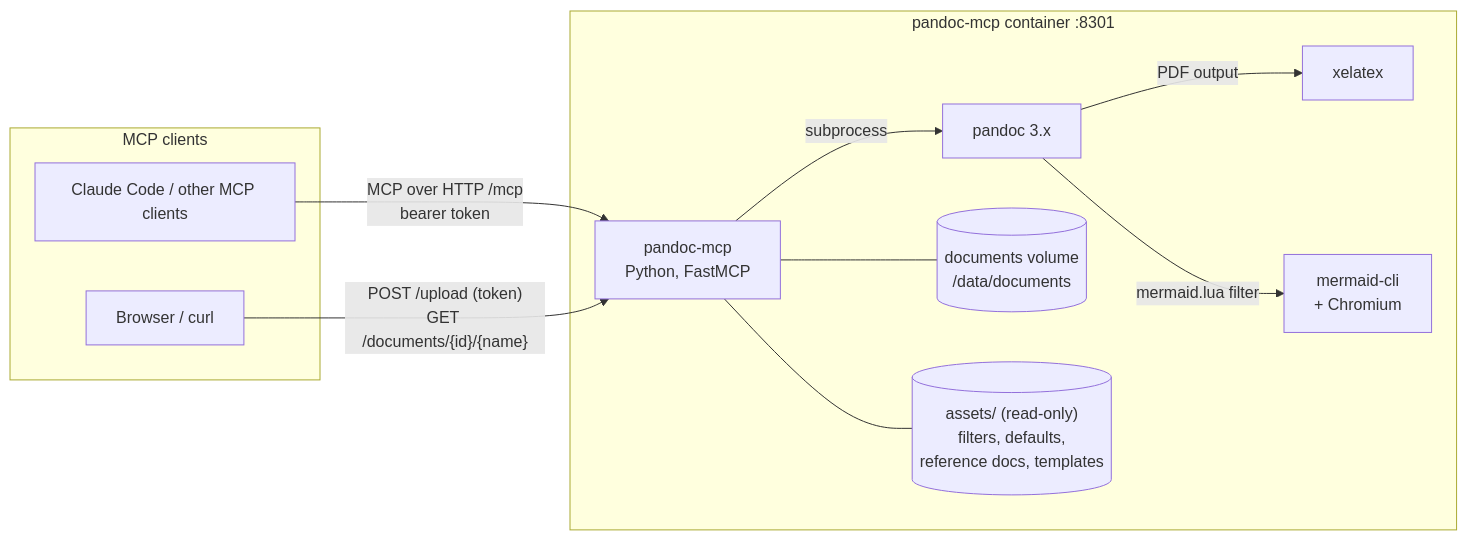
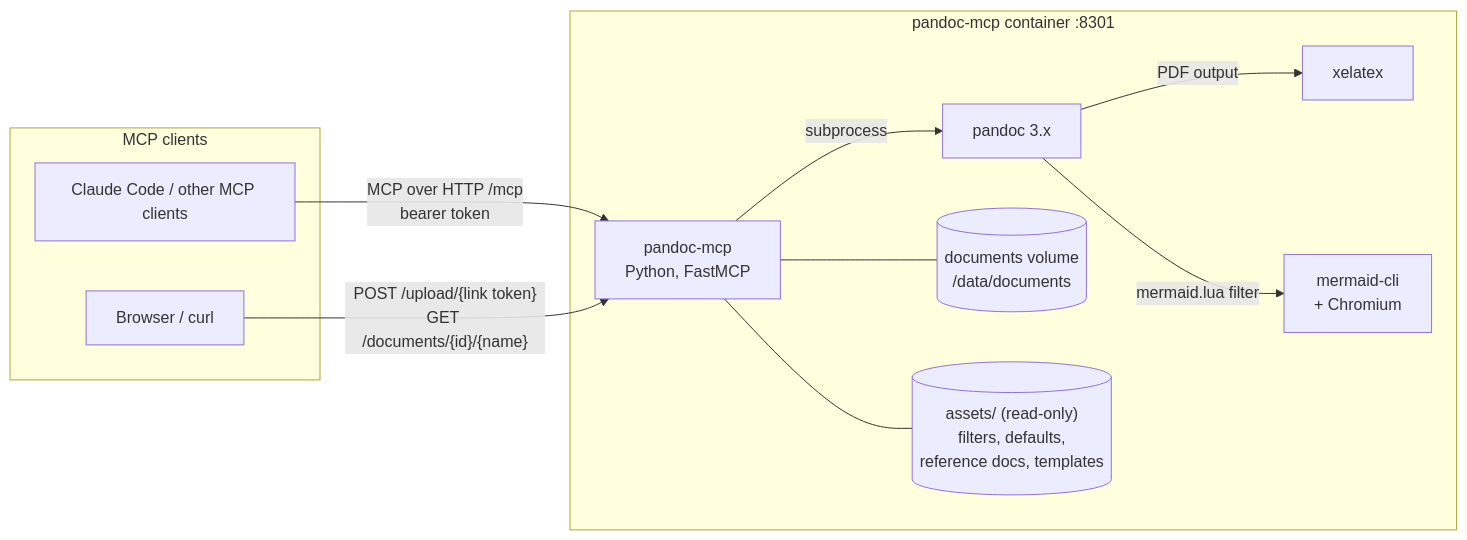
Before and after one commit to geosp/pandoc-mcp: the first of 4 diagrams in docs/ARCHITECTURE.md, drawn with Mermaid. The commit also changed other lines of this file and 16 other files, not shown here.

First line of the commit message:
Replace token uploads with short-lived upload links; add image resources

````diff
--- a/docs/ARCHITECTURE.md
+++ b/docs/ARCHITECTURE.md
@@ -10,24 +10,24 @@
 ```mermaid
 flowchart LR
     subgraph clients["MCP clients"]
         llm["Claude Code / other MCP clients"]
         browser["Browser / curl"]
     end
 
     subgraph container["pandoc-mcp container :8301"]
         server["pandoc-mcp<br/>Python, FastMCP"]
         pandoc["pandoc 3.x"]
         tex["xelatex"]
         mmdc["mermaid-cli<br/>+ Chromium"]
         store[("documents volume<br/>/data/documents")]
         assets[("assets/ (read-only)<br/>filters, defaults,<br/>reference docs, templates")]
     end
 
     llm -- "MCP over HTTP /mcp<br/>bearer token" --> server
-    browser -- "POST /upload (token)<br/>GET /documents/{id}/{name}" --> server
+    browser -- "POST /upload/{link token}<br/>GET /documents/{id}/{name}" --> server
     server -- "subprocess" --> pandoc
     pandoc -- "PDF output" --> tex
     pandoc -- "mermaid.lua filter" --> mmdc
     server --- store
     server --- assets
 ```
````
